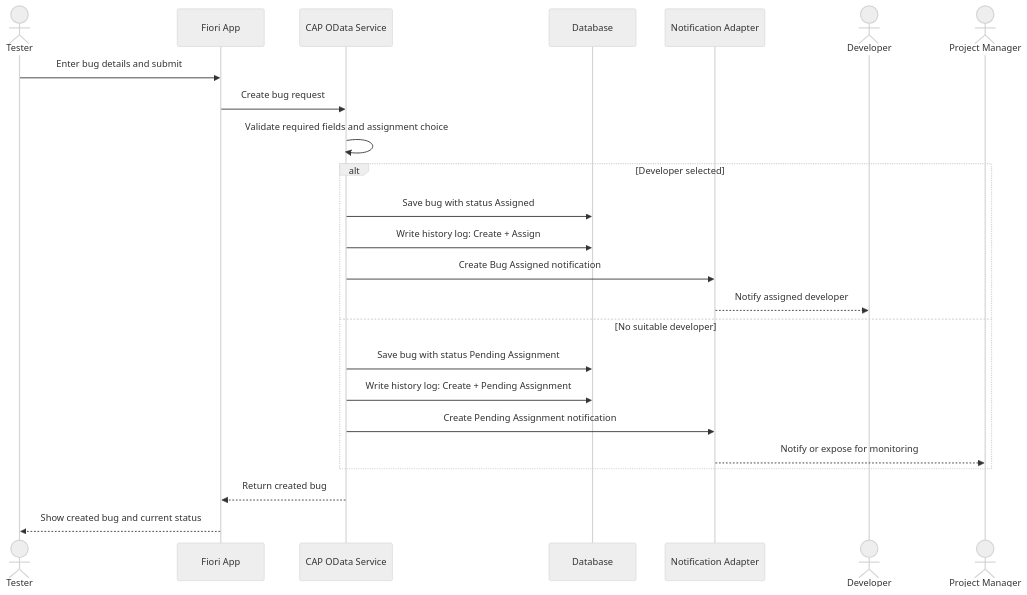
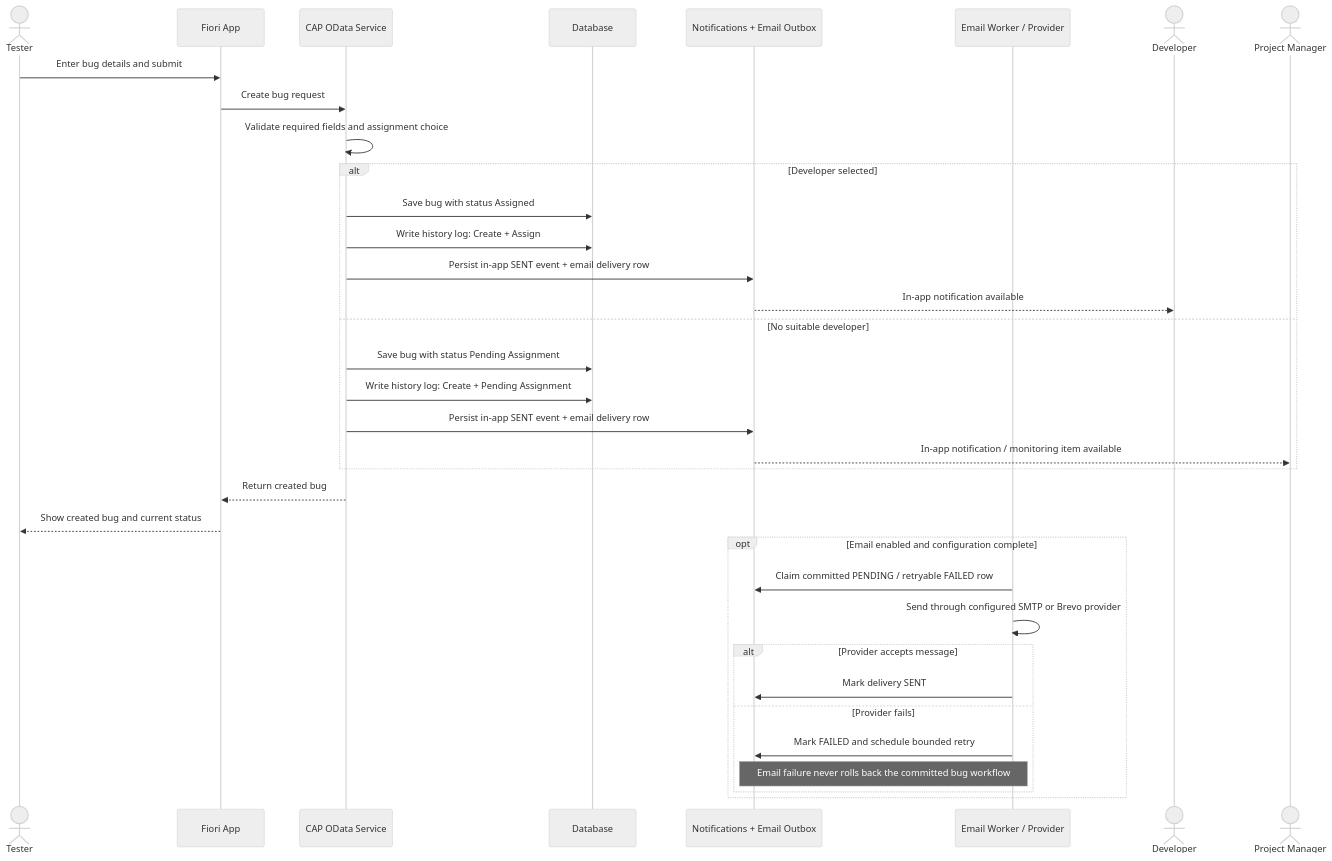
One commit to DarwinDO/IDTS-SAP01 changed the diagram in docs/diagrams/rendered/source/10-submit-notification.mmd. Above: the diagram before and after it, drawn with Mermaid (neutral theme). The commit also changed 124 other files, not shown here.

```diff
--- a/docs/diagrams/rendered/source/10-submit-notification.mmd
+++ b/docs/diagrams/rendered/source/10-submit-notification.mmd
@@ -1,27 +1,39 @@
 sequenceDiagram
     actor Tester as Tester
     participant UI as Fiori App
     participant CAP as CAP OData Service
     participant DB as Database
-    participant Notify as Notification Adapter
+    participant Outbox as Notifications + Email Outbox
+    participant Worker as Email Worker / Provider
     actor Dev as Developer
     actor PM as Project Manager
 
     Tester->>UI: Enter bug details and submit
     UI->>CAP: Create bug request
     CAP->>CAP: Validate required fields and assignment choice
 
     alt Developer selected
         CAP->>DB: Save bug with status Assigned
         CAP->>DB: Write history log: Create + Assign
-        CAP->>Notify: Create Bug Assigned notification
-        Notify-->>Dev: Notify assigned developer
+        CAP->>Outbox: Persist in-app SENT event + email delivery row
+        Outbox-->>Dev: In-app notification available
     else No suitable developer
         CAP->>DB: Save bug with status Pending Assignment
         CAP->>DB: Write history log: Create + Pending Assignment
-        CAP->>Notify: Create Pending Assignment notification
-        Notify-->>PM: Notify or expose for monitoring
+        CAP->>Outbox: Persist in-app SENT event + email delivery row
+        Outbox-->>PM: In-app notification / monitoring item available
     end
 
     CAP-->>UI: Return created bug
     UI-->>Tester: Show created bug and current status
+
+    opt Email enabled and configuration complete
+        Worker->>Outbox: Claim committed PENDING / retryable FAILED row
+        Worker->>Worker: Send through configured SMTP or Brevo provider
+        alt Provider accepts message
+            Worker->>Outbox: Mark delivery SENT
+        else Provider fails
+            Worker->>Outbox: Mark FAILED and schedule bounded retry
+            Note over Worker,Outbox: Email failure never rolls back the committed bug workflow
+        end
+    end
```
